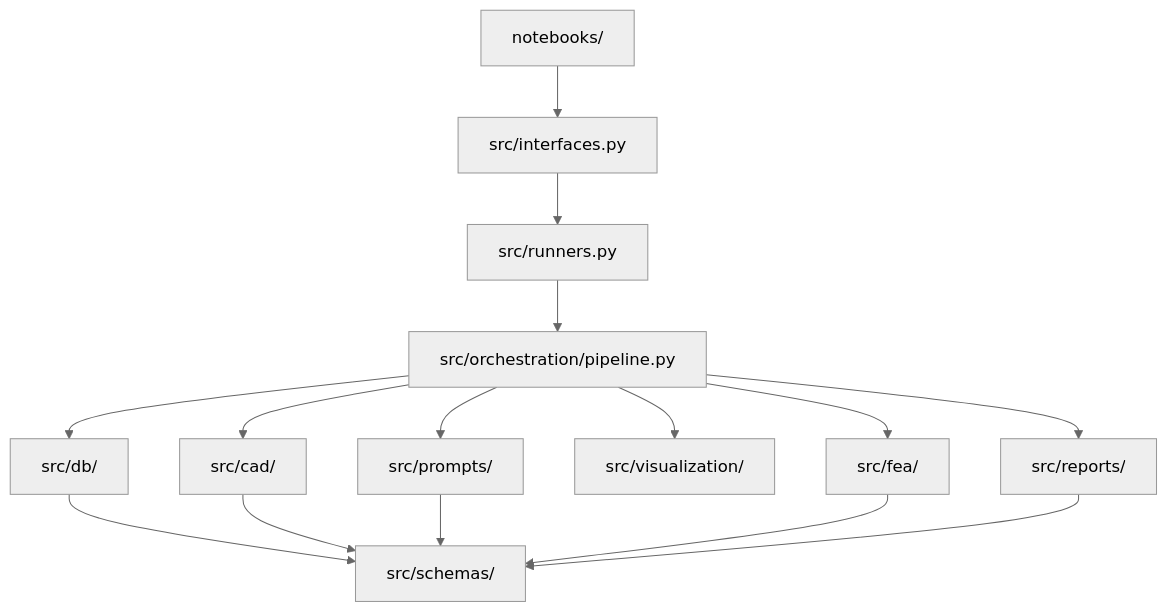
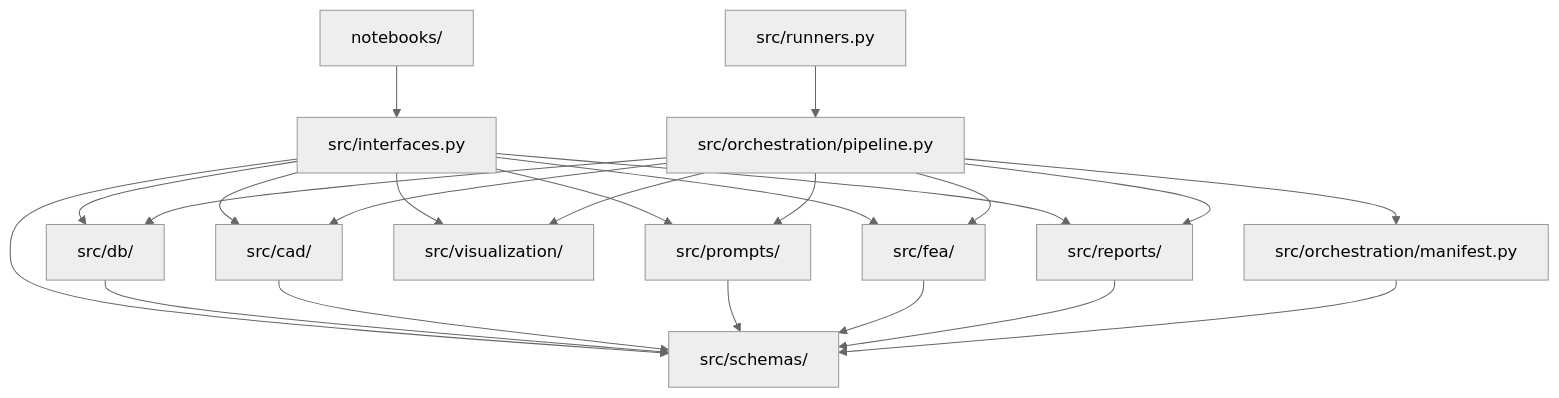
One commit to Vedaang-Chopra/CAD-Physics changed the diagram in code_base/fea_cad_one_sample/README.md. Above: the diagram before and after it, drawn with Mermaid (neutral theme). The commit also changed other lines of this file and 19 other files, not shown here.

````diff
--- a/code_base/fea_cad_one_sample/README.md
+++ b/code_base/fea_cad_one_sample/README.md
@@ -20,17 +20,25 @@
 ```mermaid
 flowchart TD
     N[notebooks/] --> I[src/interfaces.py]
-    I --> R[src/runners.py]
-    R --> O[src/orchestration/pipeline.py]
-    O --> D[src/db/]
-    O --> C[src/cad/]
-    O --> P[src/prompts/]
-    O --> V[src/visualization/]
-    O --> F[src/fea/]
-    O --> M[src/reports/]
-    D --> S[src/schemas/]
+    I --> C[src/cad/]
+    I --> D[src/db/]
+    I --> P[src/prompts/]
+    I --> V[src/visualization/]
+    I --> F[src/fea/]
+    I --> M[src/reports/]
+    I --> S[src/schemas/]
+    R[src/runners.py] --> O[src/orchestration/pipeline.py]
+    O --> M2[src/orchestration/manifest.py]
+    O --> D
+    O --> C
+    O --> P
+    O --> V
+    O --> F
+    O --> M
+    D --> S
     C --> S
     P --> S
     F --> S
     M --> S
+    M2 --> S
 ```
````
